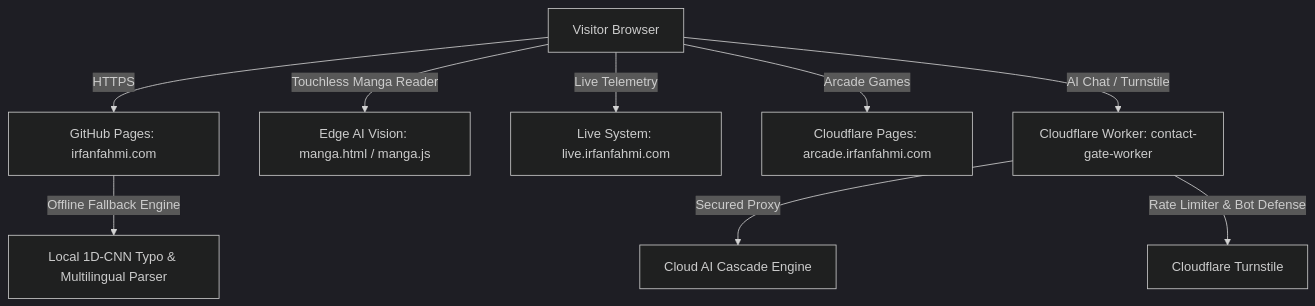
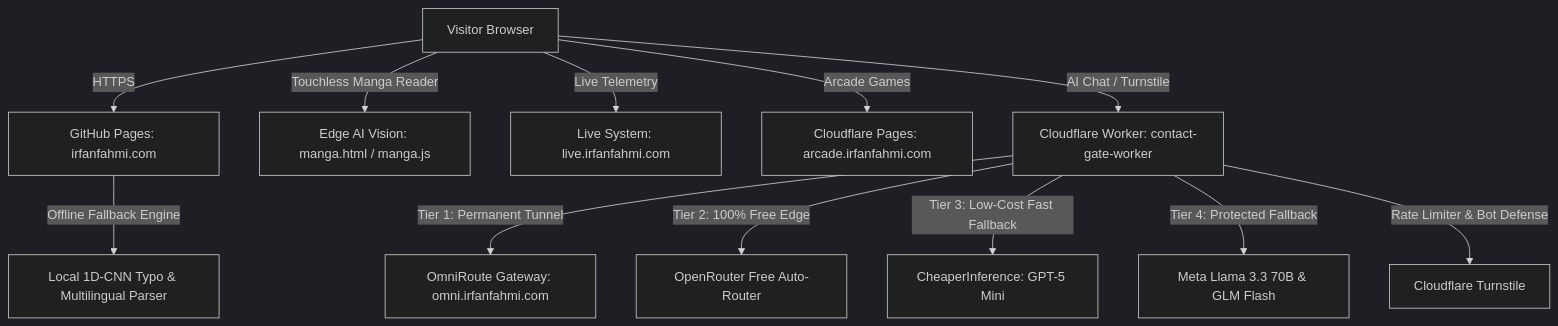
Before and after one commit to l3al3y/Portfolio: the diagram in README.md, drawn with Mermaid (dark theme). The commit also changed other lines of this file and 1 other file, not shown here.

Commit message:
docs: release v1.5.0 with OmniRoute permanent gateway and multi-tier cascade

````diff
--- a/README.md
+++ b/README.md
@@ -101,11 +101,14 @@
 ```mermaid
 graph TD
     A[Visitor Browser] -->|HTTPS| B[GitHub Pages: irfanfahmi.com]
     A -->|Touchless Manga Reader| M[Edge AI Vision: manga.html / manga.js]
     A -->|Live Telemetry| C[Live System: live.irfanfahmi.com]
     A -->|Arcade Games| D[Cloudflare Pages: arcade.irfanfahmi.com]
     A -->|AI Chat / Turnstile| E[Cloudflare Worker: contact-gate-worker]
-    E -->|Secured Proxy| F[Cloud AI Cascade Engine]
+    E -->|Tier 1: Permanent Tunnel| O[OmniRoute Gateway: omni.irfanfahmi.com]
+    E -->|Tier 2: 100% Free Edge| F[OpenRouter Free Auto-Router]
+    E -->|Tier 3: Low-Cost Fast Fallback| K[CheaperInference: GPT-5 Mini]
+    E -->|Tier 4: Protected Fallback| L[Meta Llama 3.3 70B & GLM Flash]
     E -->|Rate Limiter & Bot Defense| G[Cloudflare Turnstile]
     B -->|Offline Fallback Engine| H[Local 1D-CNN Typo & Multilingual Parser]
 ```
````
